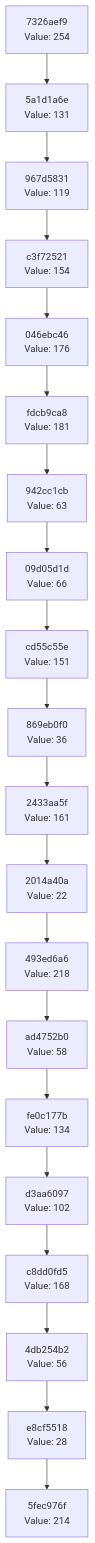
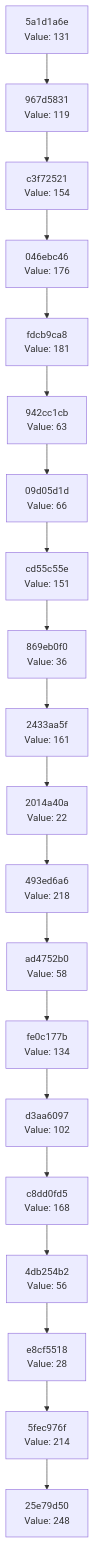
Before and after one commit to Abhisheksinha1506/hash-chain-evolver: the diagram in docs/CHAIN_VISUALIZATION.md, drawn with Mermaid. The commit also changed 2 other files, not shown here.

Commit message:
Evolution step: hash 0xF8 → action executed

````diff
--- a/docs/CHAIN_VISUALIZATION.md
+++ b/docs/CHAIN_VISUALIZATION.md
@@ -3,42 +3,42 @@
 ```mermaid
 graph TD
-    C0["5fec976f<br/>Value: 214"]
-    C1["e8cf5518<br/>Value: 28"]
+    C0["25e79d50<br/>Value: 248"]
+    C1["5fec976f<br/>Value: 214"]
     C1 --> C0
-    C2["4db254b2<br/>Value: 56"]
+    C2["e8cf5518<br/>Value: 28"]
     C2 --> C1
-    C3["c8dd0fd5<br/>Value: 168"]
+    C3["4db254b2<br/>Value: 56"]
     C3 --> C2
-    C4["d3aa6097<br/>Value: 102"]
+    C4["c8dd0fd5<br/>Value: 168"]
     C4 --> C3
-    C5["fe0c177b<br/>Value: 134"]
+    C5["d3aa6097<br/>Value: 102"]
     C5 --> C4
-    C6["ad4752b0<br/>Value: 58"]
+    C6["fe0c177b<br/>Value: 134"]
     C6 --> C5
-    C7["493ed6a6<br/>Value: 218"]
+    C7["ad4752b0<br/>Value: 58"]
     C7 --> C6
-    C8["2014a40a<br/>Value: 22"]
+    C8["493ed6a6<br/>Value: 218"]
     C8 --> C7
-    C9["2433aa5f<br/>Value: 161"]
+    C9["2014a40a<br/>Value: 22"]
     C9 --> C8
-    C10["869eb0f0<br/>Value: 36"]
+    C10["2433aa5f<br/>Value: 161"]
     C10 --> C9
-    C11["cd55c55e<br/>Value: 151"]
+    C11["869eb0f0<br/>Value: 36"]
     C11 --> C10
-    C12["09d05d1d<br/>Value: 66"]
+    C12["cd55c55e<br/>Value: 151"]
     C12 --> C11
-    C13["942cc1cb<br/>Value: 63"]
+    C13["09d05d1d<br/>Value: 66"]
     C13 --> C12
-    C14["fdcb9ca8<br/>Value: 181"]
+    C14["942cc1cb<br/>Value: 63"]
     C14 --> C13
-    C15["046ebc46<br/>Value: 176"]
+    C15["fdcb9ca8<br/>Value: 181"]
     C15 --> C14
-    C16["c3f72521<br/>Value: 154"]
+    C16["046ebc46<br/>Value: 176"]
     C16 --> C15
-    C17["967d5831<br/>Value: 119"]
+    C17["c3f72521<br/>Value: 154"]
     C17 --> C16
-    C18["5a1d1a6e<br/>Value: 131"]
+    C18["967d5831<br/>Value: 119"]
     C18 --> C17
-    C19["7326aef9<br/>Value: 254"]
+    C19["5a1d1a6e<br/>Value: 131"]
     C19 --> C18
 ```
````
